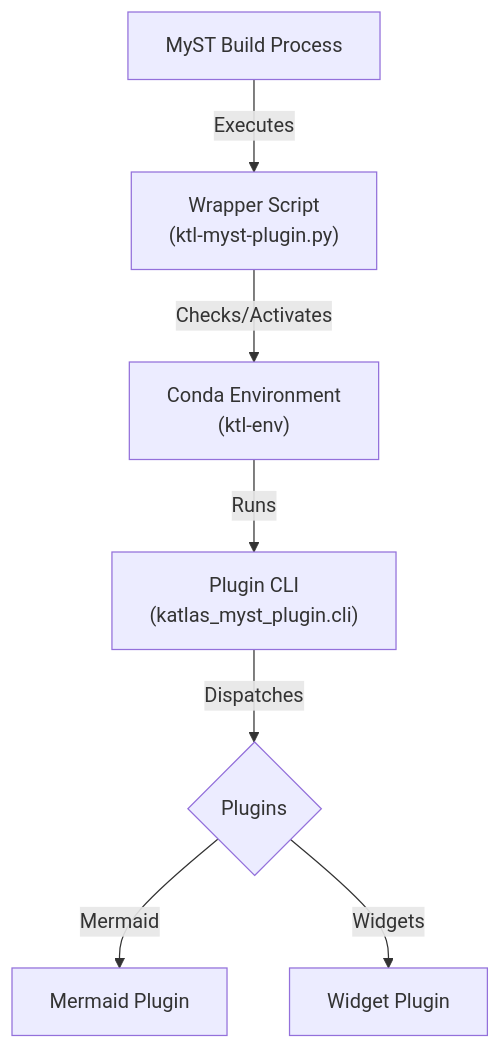
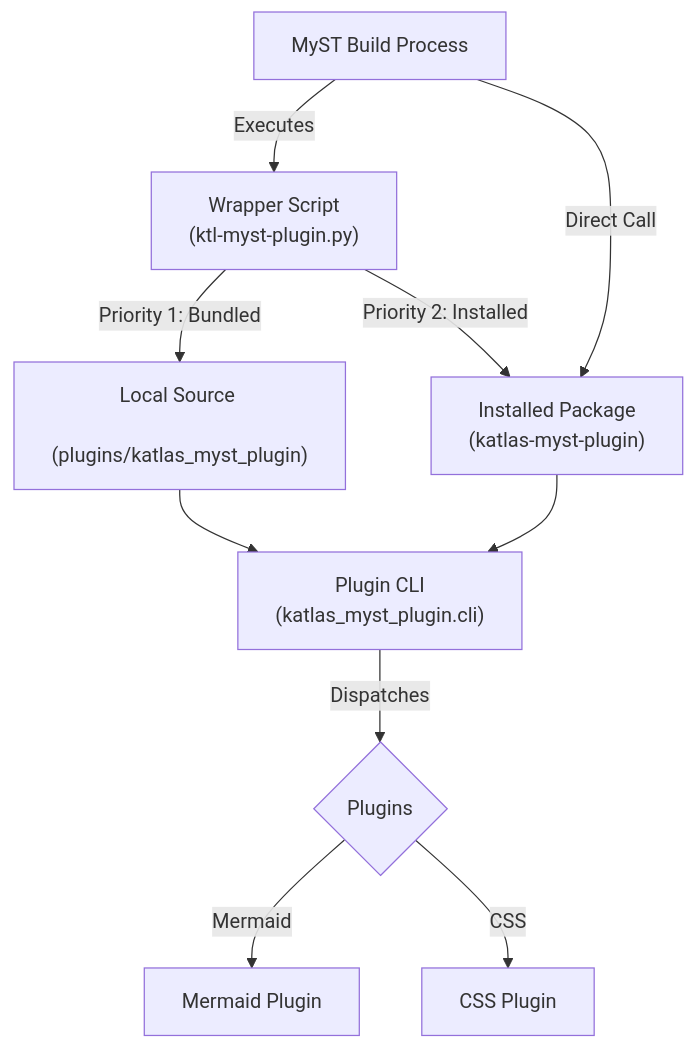
The diagram in docs/architecture.md (katlas-space/katlas-myst-plugin), drawn with Mermaid before and after one commit. The commit also changed other lines of this file and 10 other files, not shown here.

````diff
--- a/docs/architecture.md
+++ b/docs/architecture.md
@@ -13,9 +13,15 @@
 ```mermaid
 graph TD
     MyST[MyST Build Process] -->|Executes| Wrapper["Wrapper Script <br> (ktl-myst-plugin.py)"]
-    Wrapper -->|Checks/Activates| Env["Conda Environment <br> (ktl-env)"]
-    Env -->|Runs| CLI["Plugin CLI <br> (katlas_myst_plugin.cli)"]
+    MyST -->|Direct Call| Installed["Installed Package <br> (katlas-myst-plugin)"]
+    
+    Wrapper -->|Priority 1: Bundled| Bundled["Local Source <br> (plugins/katlas_myst_plugin)"]
+    Wrapper -->|Priority 2: Installed| Installed
+    
+    Bundled --> CLI["Plugin CLI <br> (katlas_myst_plugin.cli)"]
+    Installed --> CLI
+    
     CLI -->|Dispatches| Plugins{Plugins}
     Plugins -->|Mermaid| Mermaid[Mermaid Plugin]
-    Plugins -->|Widgets| Widgets[Widget Plugin]
+    Plugins -->|CSS| CSS[CSS Plugin]
 ```
````
